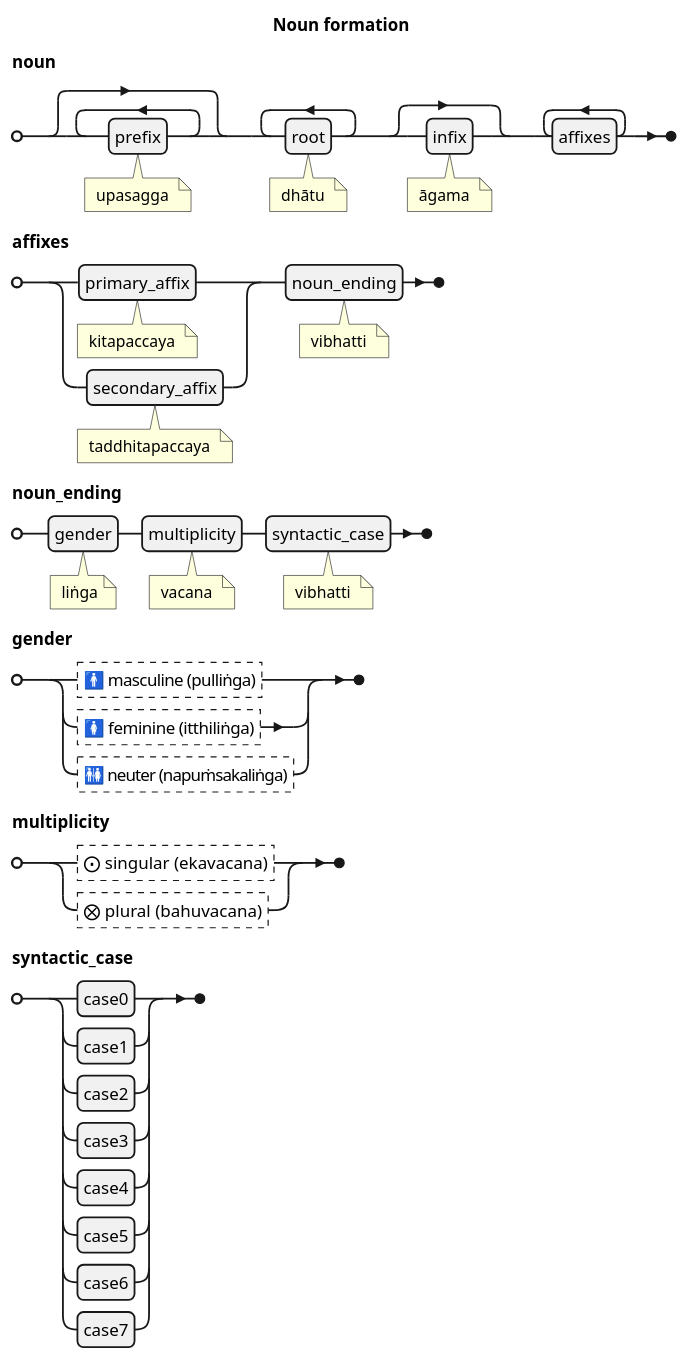
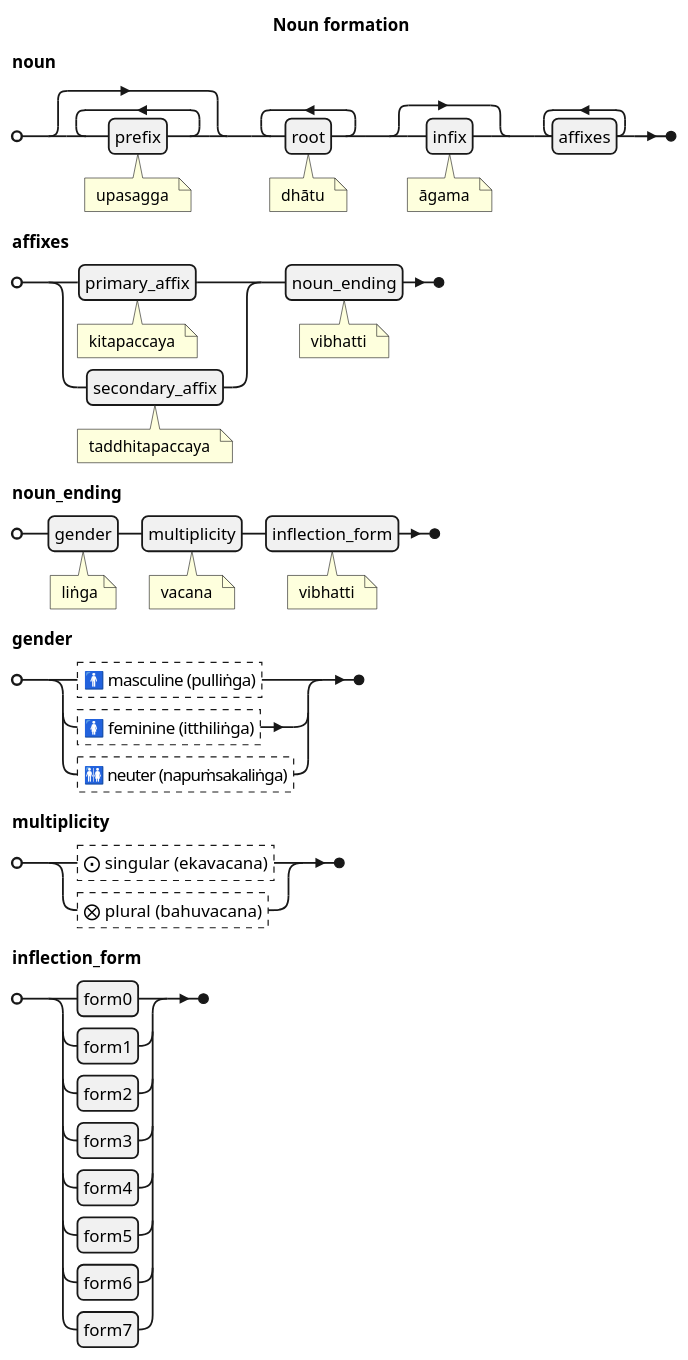
The seventh of 12 diagrams in src/content/docs/Pali Textbook/c-grammar.md (ChristineTham/buddhavacana), drawn with PlantUML before and after one commit. The commit also changed other lines of this file and 52 other files, not shown here.

````diff
--- a/src/content/docs/Pali Textbook/c-grammar.md
+++ b/src/content/docs/Pali Textbook/c-grammar.md
@@ -130,26 +130,26 @@
 ```plantuml
 @startebnf
 title Noun formation
 noun =
   {prefix (* upasagga *)},
   {root (* dhātu *)}-,
   [infix (* āgama *)],
   {affixes}- (* paccaya *) ;
 affixes =
   (primary_affix (* kitapaccaya *) |
   secondary_affix (* taddhitapaccaya *)),
   noun_ending (* vibhatti *) ;
 noun_ending =
   gender (* liṅga*),
   multiplicity (* vacana *),
-  syntactic_case (* vibhatti *) ;
+  inflection_form (* vibhatti *) ;
 gender =
   ?🚹 masculine (pulliṅga)? |
   ?🚺 feminine (itthiliṅga)? |
   ?🚻 neuter (napuṁsakaliṅga)? ;
 multiplicity =
   ?⨀ singular (ekavacana)? |
   ?⨂ plural (bahuvacana)? ;
-syntactic_case = case0 | case1 | case2 | case3 | case4 | case5 | case6 | case7 ;
+inflection_form = form0 | form1 | form2 | form3 | form4 | form5 | form6 | form7 ;
 @endebnf
 ```
````
